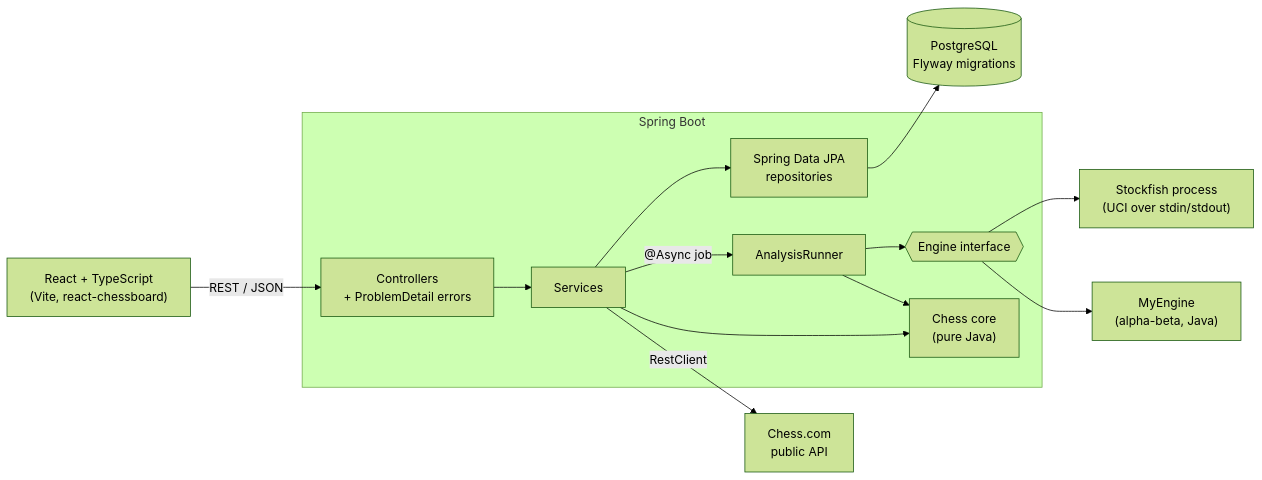
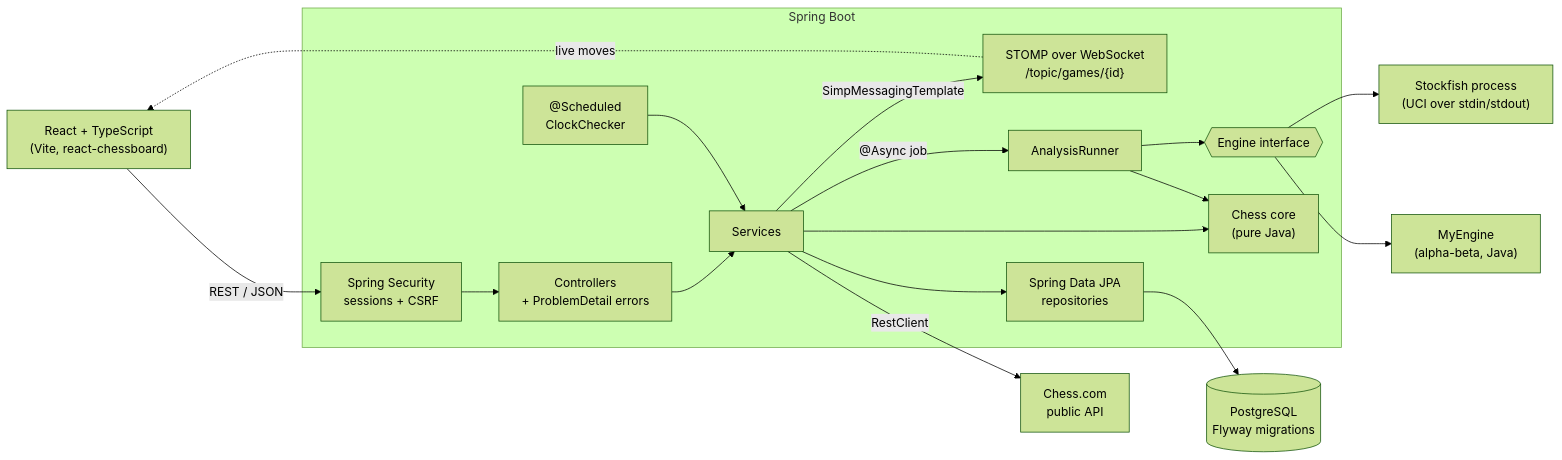
One commit to pranay-999/chess-analyzer changed the diagram in README.md. Above: the diagram before and after it, drawn with Mermaid (forest theme). The commit also changed other lines of this file and 44 other files, not shown here.

````diff
--- a/README.md
+++ b/README.md
@@ -36,18 +39,22 @@
 ```mermaid
 flowchart LR
-    UI["React + TypeScript<br/>(Vite, react-chessboard)"] -- "REST / JSON" --> API
+    UI["React + TypeScript<br/>(Vite, react-chessboard)"] -- "REST / JSON" --> SEC
+    WS["STOMP over WebSocket<br/>/topic/games/{id}"] -. "live moves" .-> UI
 
     subgraph Spring Boot
+        SEC["Spring Security<br/>sessions + CSRF"] --> API
         API["Controllers<br/>+ ProblemDetail errors"] --> SVC["Services"]
+        SVC -- "SimpMessagingTemplate" --> WS
+        CLK["@Scheduled<br/>ClockChecker"] --> SVC
         SVC --> REPO["Spring Data JPA<br/>repositories"]
         SVC -- "@Async job" --> RUN["AnalysisRunner"]
         RUN --> ENG{{"Engine interface"}}
         SVC --> CORE["Chess core<br/>(pure Java)"]
         RUN --> CORE
     end
 
     REPO --> DB[("PostgreSQL<br/>Flyway migrations")]
     SVC -- RestClient --> CC["Chess.com<br/>public API"]
     ENG --> SF["Stockfish process<br/>(UCI over stdin/stdout)"]
     ENG --> ME["MyEngine<br/>(alpha-beta, Java)"]
 ```
````
